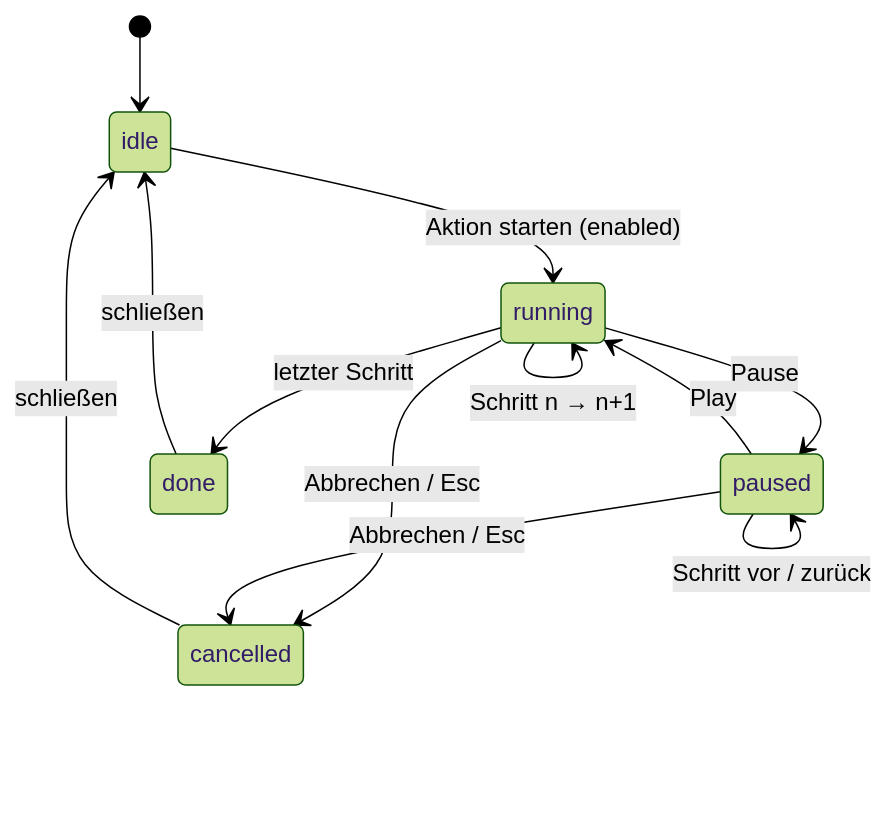
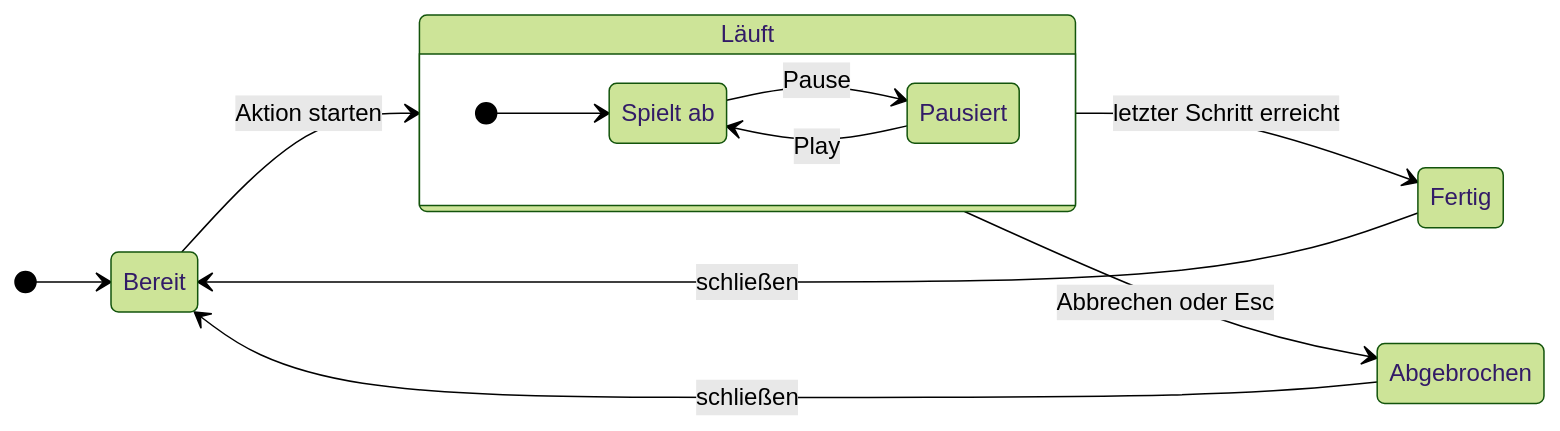
Before and after one commit to jurie2000/ti-visualizer: the eighth of 10 diagrams in specs/001-ti-visualizer-baukasten/architektur.md, drawn with Mermaid (forest theme). The commit also changed other lines of this file and 8 other files, not shown here.

````diff
--- a/specs/001-ti-visualizer-baukasten/architektur.md
+++ b/specs/001-ti-visualizer-baukasten/architektur.md
@@ -283,14 +519,22 @@
 ```mermaid
 stateDiagram-v2
+    direction LR
+    state "Bereit" as idle
+    state "Läuft" as aktiv {
+        direction LR
+        state "Spielt ab" as running
+        state "Pausiert" as paused
+        [*] --> running
+        running --> paused : Pause
+        paused --> running : Play
+    }
+    state "Fertig" as done
+    state "Abgebrochen" as cancelled
+
     [*] --> idle
-    idle --> running : Aktion starten (enabled)
-    running --> paused : Pause
-    paused --> running : Play
-    running --> running : Schritt n → n+1
-    paused --> paused : Schritt vor / zurück
-    running --> done : letzter Schritt
-    running --> cancelled : Abbrechen / Esc
-    paused --> cancelled : Abbrechen / Esc
+    idle --> aktiv : Aktion starten
+    aktiv --> done : letzter Schritt erreicht
+    aktiv --> cancelled : Abbrechen oder Esc
     done --> idle : schließen
     cancelled --> idle : schließen
 ```
````
